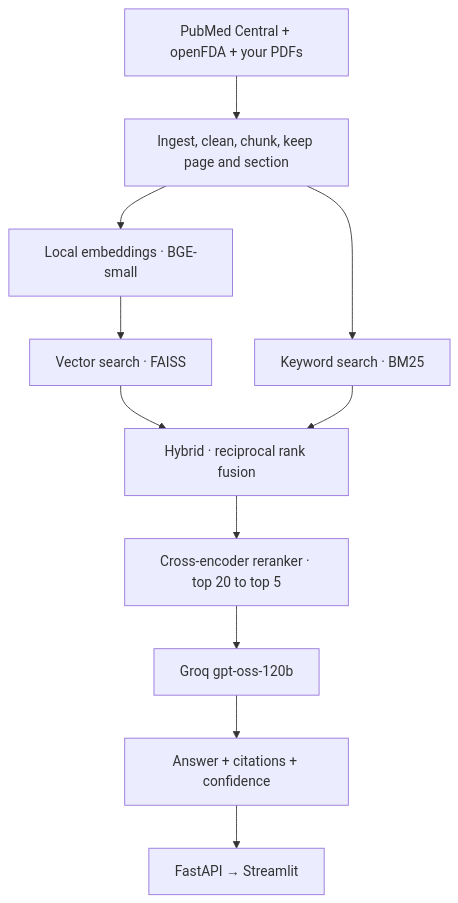
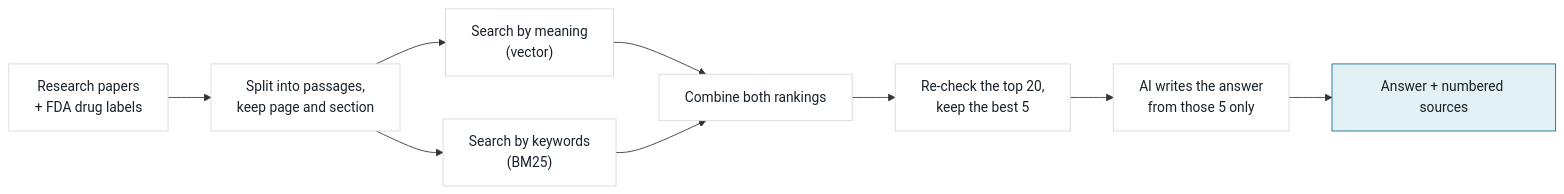
The diagram in README.md (RajivPraveen/healthcare-rag), drawn with Mermaid before and after one commit. The commit also changed other lines of this file and 6 other files, not shown here.

````diff
--- a/README.md
+++ b/README.md
@@ -60,13 +136,15 @@
 ```mermaid
-flowchart TD
-    docs["PubMed Central + openFDA + your PDFs"] --> ingest["Ingest, clean, chunk, keep page and section"]
-    ingest --> embed["Local embeddings · BGE-small"]
-    embed --> faiss["Vector search · FAISS"]
-    ingest --> bm25["Keyword search · BM25"]
-    faiss --> hybrid["Hybrid · reciprocal rank fusion"]
-    bm25 --> hybrid
-    hybrid --> rerank["Cross-encoder reranker · top 20 to top 5"]
-    rerank --> llm["Groq gpt-oss-120b"]
-    llm --> answer["Answer + citations + confidence"]
-    answer --> ui["FastAPI → Streamlit"]
+flowchart LR
+    docs["Research papers<br/>+ FDA drug labels"] --> ingest["Split into passages,<br/>keep page and section"]
+    ingest --> meaning["Search by meaning<br/>(vector)"]
+    ingest --> keywords["Search by keywords<br/>(BM25)"]
+    meaning --> combine["Combine both rankings"]
+    keywords --> combine
+    combine --> recheck["Re-check the top 20,<br/>keep the best 5"]
+    recheck --> llm["AI writes the answer<br/>from those 5 only"]
+    llm --> answer["Answer + numbered sources"]
+    classDef step fill:#ffffff,stroke:#d3d8dd,color:#18212a
+    classDef out fill:#e3f1f4,stroke:#0b6e8a,color:#18212a
+    class docs,ingest,meaning,keywords,combine,recheck,llm step
+    class answer out
 ```
````
